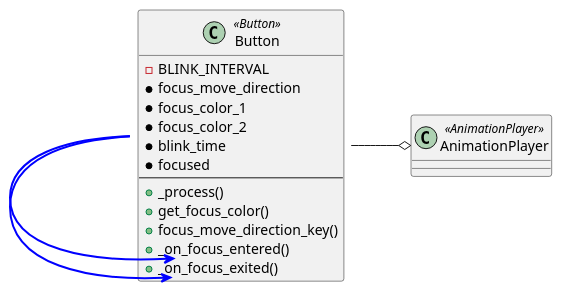
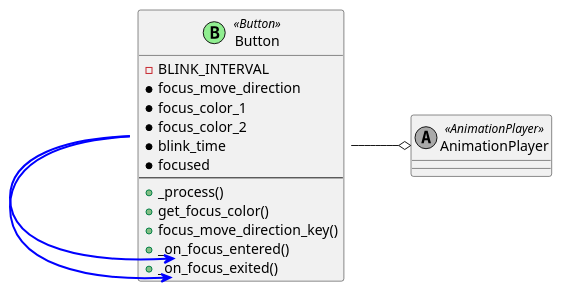
One commit to tkmfujise/Platformer-Game-Learning changed the diagram in content/scenes/src/ui/button/button.tscn.adoc. Above: the diagram before and after it, drawn with PlantUML. The commit also changed 69 other files, not shown here.

Commit message:
Change scene diagram class color

```diff
--- a/content/scenes/src/ui/button/button.tscn.adoc
+++ b/content/scenes/src/ui/button/button.tscn.adoc
@@ -9,23 +9,23 @@
 [plantuml]
 ....
-class ROOT as "Button" <<Button>> {
+class ROOT as "Button" <<(B,lightgreen) Button>> {
   - BLINK_INTERVAL
   * focus_move_direction
   * focus_color_1
   * focus_color_2
   * blink_time
   * focused
 ---
   + _process()
   + get_focus_color()
   + focus_move_direction_key()
   + _on_focus_entered()
   + _on_focus_exited()
 }
-class AnimationPlayer as "AnimationPlayer" <<AnimationPlayer>> {
+class AnimationPlayer as "AnimationPlayer" <<(A,darkgray) AnimationPlayer>> {
 }
 ROOT --o AnimationPlayer
 left to right direction
 ROOT::_on_focus_entered <-[#blue,thickness=2]- ROOT::focus_entered
 ROOT::_on_focus_exited <-[#blue,thickness=2]- ROOT::focus_exited
 ....
```
